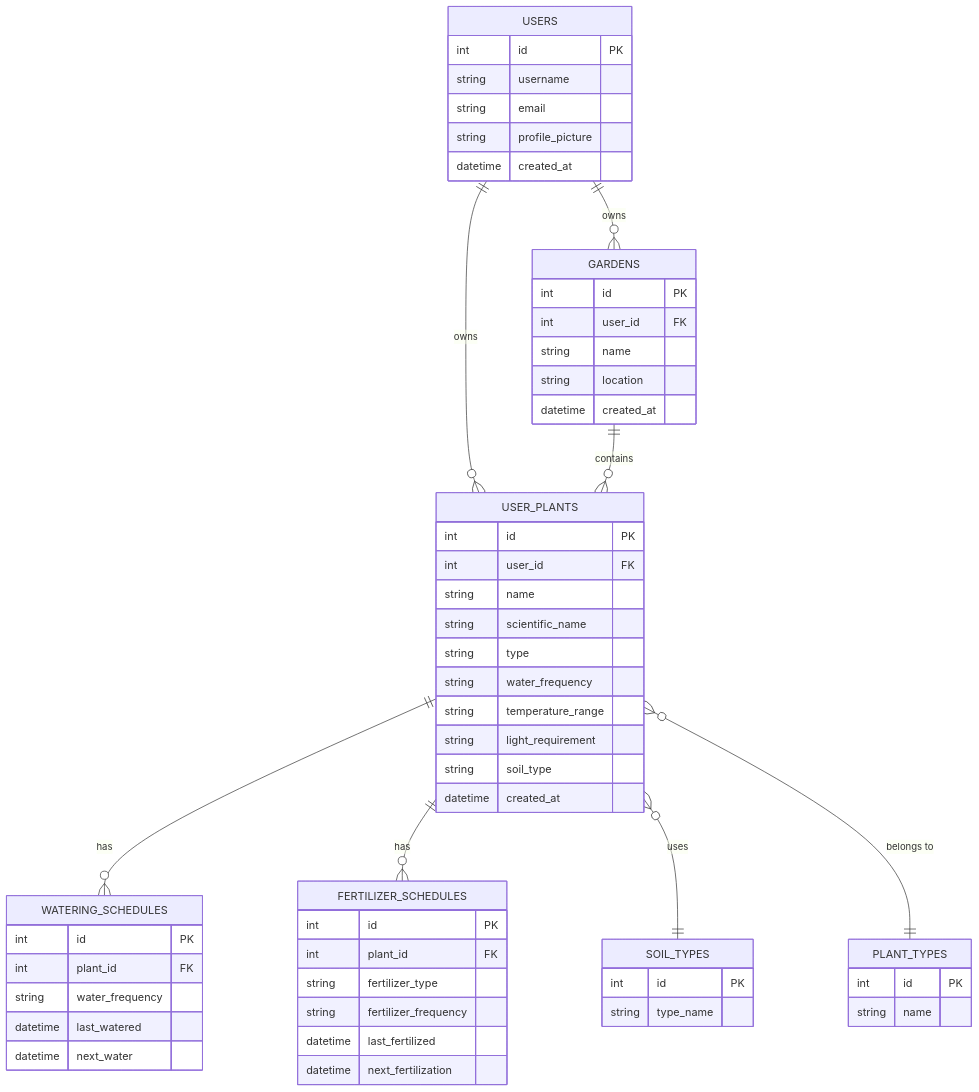
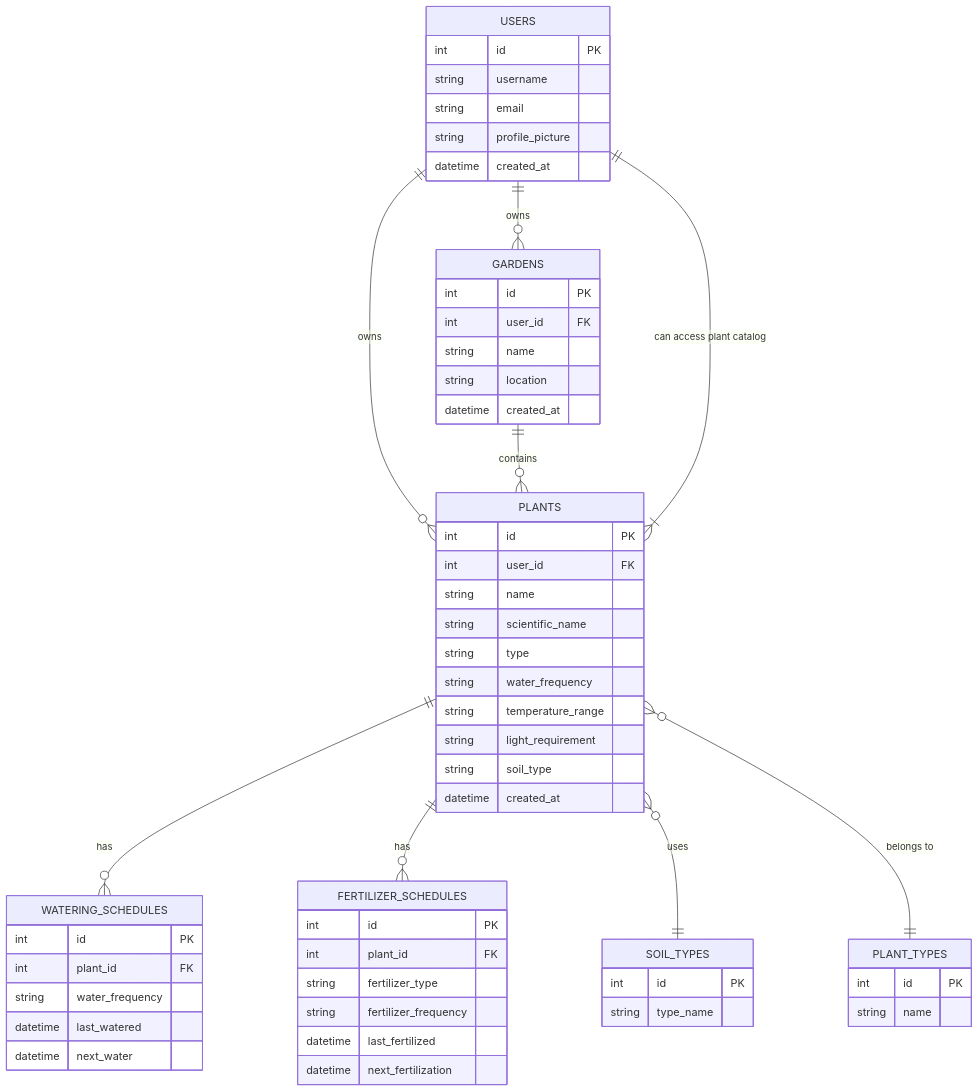
One commit to Green-Fingers-App/gardeningApp changed the diagram in docs/_posts/2024-11-14-database.md. Above: the diagram before and after it, drawn with Mermaid.

```diff
--- a/docs/_posts/2024-11-14-database.md
+++ b/docs/_posts/2024-11-14-database.md
@@ -8,60 +8,64 @@
 <div class="mermaid">
 erDiagram
     USERS {
         int id PK
         string username
         string email
         string profile_picture
         datetime created_at
     }
-    USER_PLANTS {
+    PLANTS {
         int id PK
         int user_id FK
         string name
         string scientific_name
         string type
         string water_frequency
         string temperature_range
         string light_requirement
         string soil_type
         datetime created_at
     }
     GARDENS {
         int id PK
         int user_id FK
         string name
         string location
         datetime created_at
     }
     WATERING_SCHEDULES {
         int id PK
         int plant_id FK
         string water_frequency
         datetime last_watered
         datetime next_water
     }
     FERTILIZER_SCHEDULES {
         int id PK
         int plant_id FK
         string fertilizer_type
         string fertilizer_frequency
         datetime last_fertilized
         datetime next_fertilization
     }
     SOIL_TYPES {
         int id PK
         string type_name
     }
     PLANT_TYPES {
         int id PK
         string name
     }
 
-    USERS ||--o{ USER_PLANTS : "owns" 
+    %% Define relationships to indicate subcollections
+    USERS ||--o{ PLANTS : "owns" 
     USERS ||--o{ GARDENS : "owns"
-    USER_PLANTS ||--o{ WATERING_SCHEDULES : "has"
-    USER_PLANTS ||--o{ FERTILIZER_SCHEDULES : "has"
-    USER_PLANTS }o--|| SOIL_TYPES : "uses"
-    USER_PLANTS }o--|| PLANT_TYPES : "belongs to"
-    GARDENS ||--o{ USER_PLANTS : "contains"
+    PLANTS ||--o{ WATERING_SCHEDULES : "has"
+    PLANTS ||--o{ FERTILIZER_SCHEDULES : "has"
+    PLANTS }o--|| SOIL_TYPES : "uses"
+    PLANTS }o--|| PLANT_TYPES : "belongs to"
+    GARDENS ||--o{ PLANTS : "contains"
+    
+    %% Additional Relationships for Shared Collections
+    USERS ||--|{ PLANTS : "can access plant catalog"
 </div>
```
